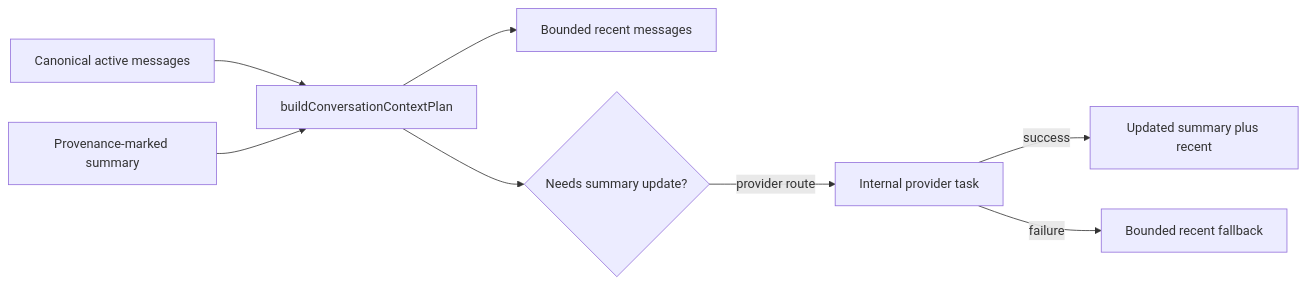
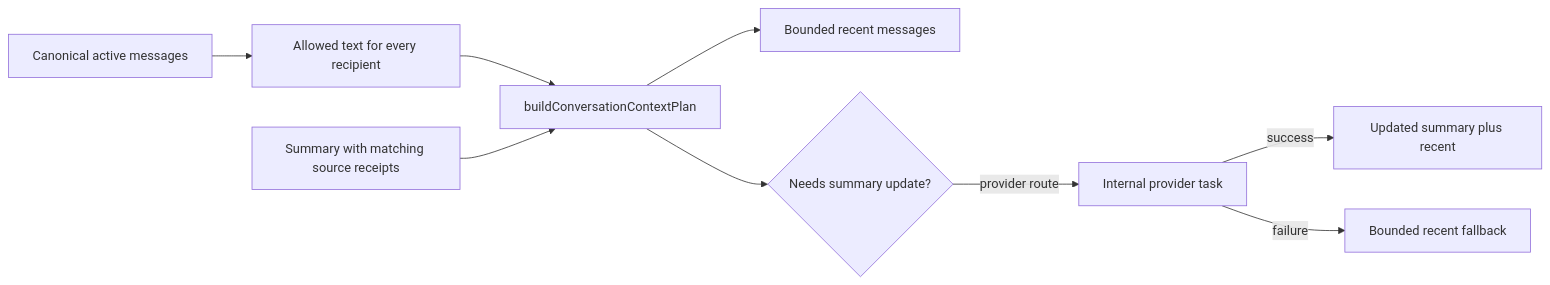
Before and after one commit to hurrtz/mrbroccoli: the second of 3 diagrams in src/services/voicePipeline/DESIGN.md, drawn with Mermaid. The commit also changed other lines of this file and 131 other files, not shown here.

First line of the commit message:
Ask before sharing conversation data with each AI recipient

````diff
--- a/src/services/voicePipeline/DESIGN.md
+++ b/src/services/voicePipeline/DESIGN.md
@@ -76,10 +94,11 @@
 ```mermaid
 flowchart LR
-    Messages[Canonical active messages] --> Plan[buildConversationContextPlan]
-    Summary[Provenance-marked summary] --> Plan
+    Messages[Canonical active messages] --> Filter[Allowed text for every recipient]
+    Filter --> Plan[buildConversationContextPlan]
+    Summary[Summary with matching source receipts] --> Plan
     Plan --> Recent[Bounded recent messages]
     Plan --> Update{Needs summary update?}
     Update -->|provider route| Summarizer[Internal provider task]
     Summarizer -->|success| Effective[Updated summary plus recent]
     Summarizer -->|failure| Fallback[Bounded recent fallback]
 ```
````
